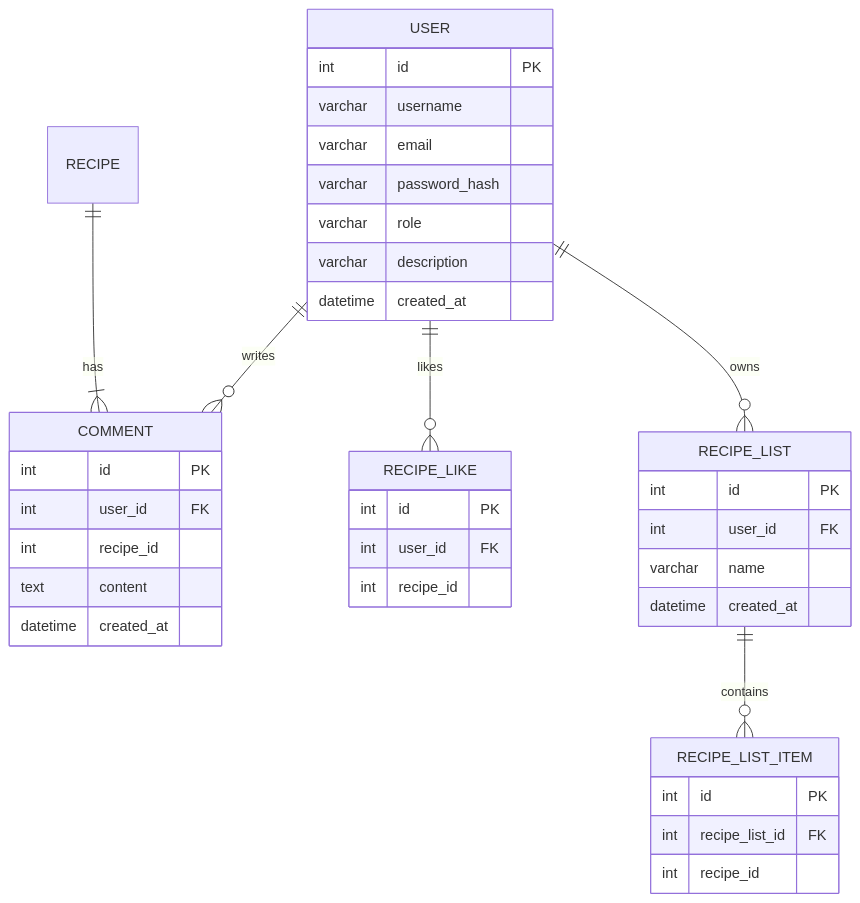
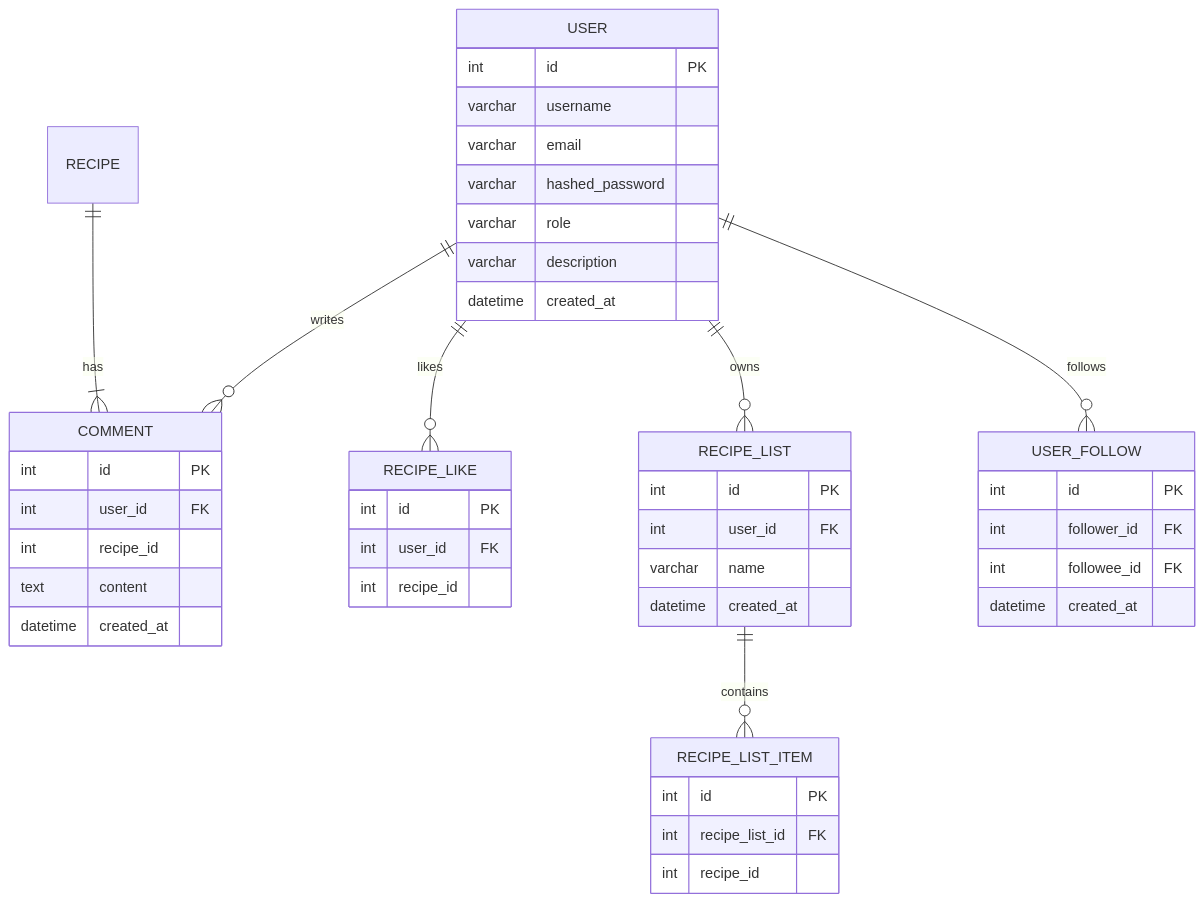
The diagram in docs/er-diagram.md (Rickenbacker620/webdev-final-project), drawn with Mermaid before and after one commit. The commit also changed 1 other file, not shown here.

Commit message:
fixed er diagram

````diff
--- a/docs/er-diagram.md
+++ b/docs/er-diagram.md
@@ -1,47 +1,55 @@
 ```mermaid
 erDiagram
 
   USER ||--o{ COMMENT : writes
   USER ||--o{ RECIPE_LIKE : likes
   USER ||--o{ RECIPE_LIST : owns
+  USER ||--o{ USER_FOLLOW : follows
 
   RECIPE ||--|{ COMMENT : has
   RECIPE_LIST ||--o{ RECIPE_LIST_ITEM : contains
 
   USER {
     int id PK
     varchar username
     varchar email
-    varchar password_hash
+    varchar hashed_password
     varchar role
     varchar description
     datetime created_at
   }
 
   COMMENT {
     int id PK
     int user_id FK
     int recipe_id
     text content
     datetime created_at
   }
 
   RECIPE_LIKE {
     int id PK
     int user_id FK
     int recipe_id
   }
 
   RECIPE_LIST {
     int id PK
     int user_id FK
     varchar name
     datetime created_at
   }
 
   RECIPE_LIST_ITEM {
     int id PK
     int recipe_list_id FK
     int recipe_id
   }
+
+  USER_FOLLOW {
+    int id PK
+    int follower_id FK
+    int followee_id FK
+    datetime created_at
+  }
 ```
````
